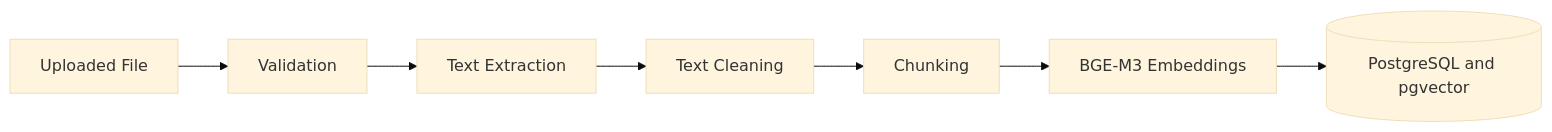
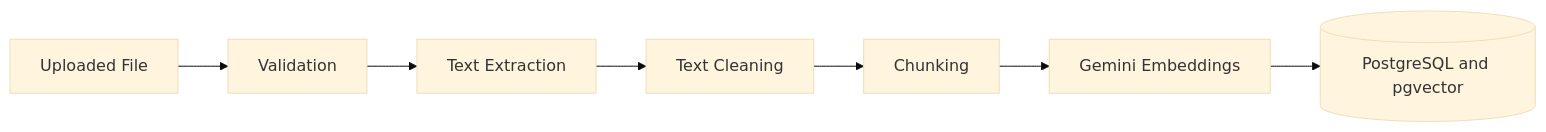
Before and after one commit to mohamedwaked05/Sou2-AI: the second of 5 diagrams in ARCHITECTURE.md, drawn with Mermaid (base theme). The commit also changed other lines of this file and 30 other files, not shown here.

Commit message:
Stabilize Gemini embeddings and knowledge worker recovery

````diff
--- a/ARCHITECTURE.md
+++ b/ARCHITECTURE.md
@@ -91,9 +91,9 @@
 ```mermaid
 flowchart LR
     F[Uploaded File] --> V[Validation]
     V --> X[Text Extraction]
     X --> C[Text Cleaning]
     C --> S[Chunking]
-    S --> E[BGE-M3 Embeddings]
+    S --> E[Gemini Embeddings]
     E --> P[(PostgreSQL and pgvector)]
 ```
````
